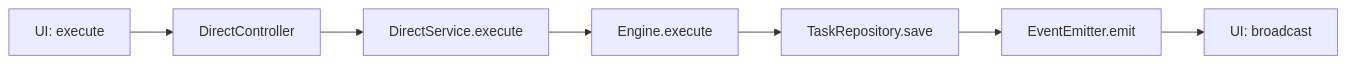
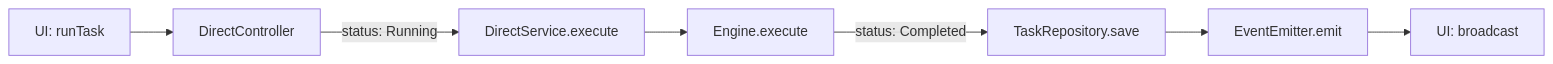
Before and after one commit to 2noScript/kernel-script: the fifth of 12 diagrams in README.vi.md, drawn with Mermaid. The commit also changed other lines of this file and 9 other files, not shown here.

Commit message:
refactor: remove service callbacks from bootstrap and add native task cancellation support to QueueService

````diff
--- a/README.vi.md
+++ b/README.vi.md
@@ -148,9 +193,9 @@
 ```mermaid
 graph LR
-    A[UI: execute] --> B[DirectController]
-    B --> C[DirectService.execute]
+    A[UI: runTask] --> B[DirectController]
+    B -->|status: Running| C[DirectService.execute]
     C --> D[Engine.execute]
-    D --> E[TaskRepository.save]
+    D -->|status: Completed| E[TaskRepository.save]
     E --> F[EventEmitter.emit]
     F --> G[UI: broadcast]
 ```
````
